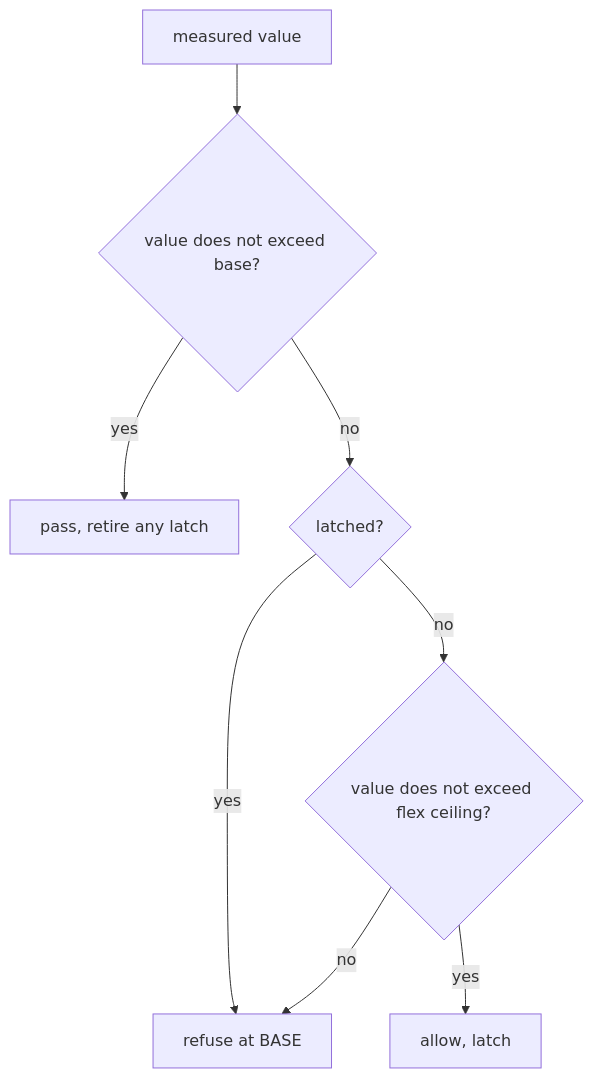
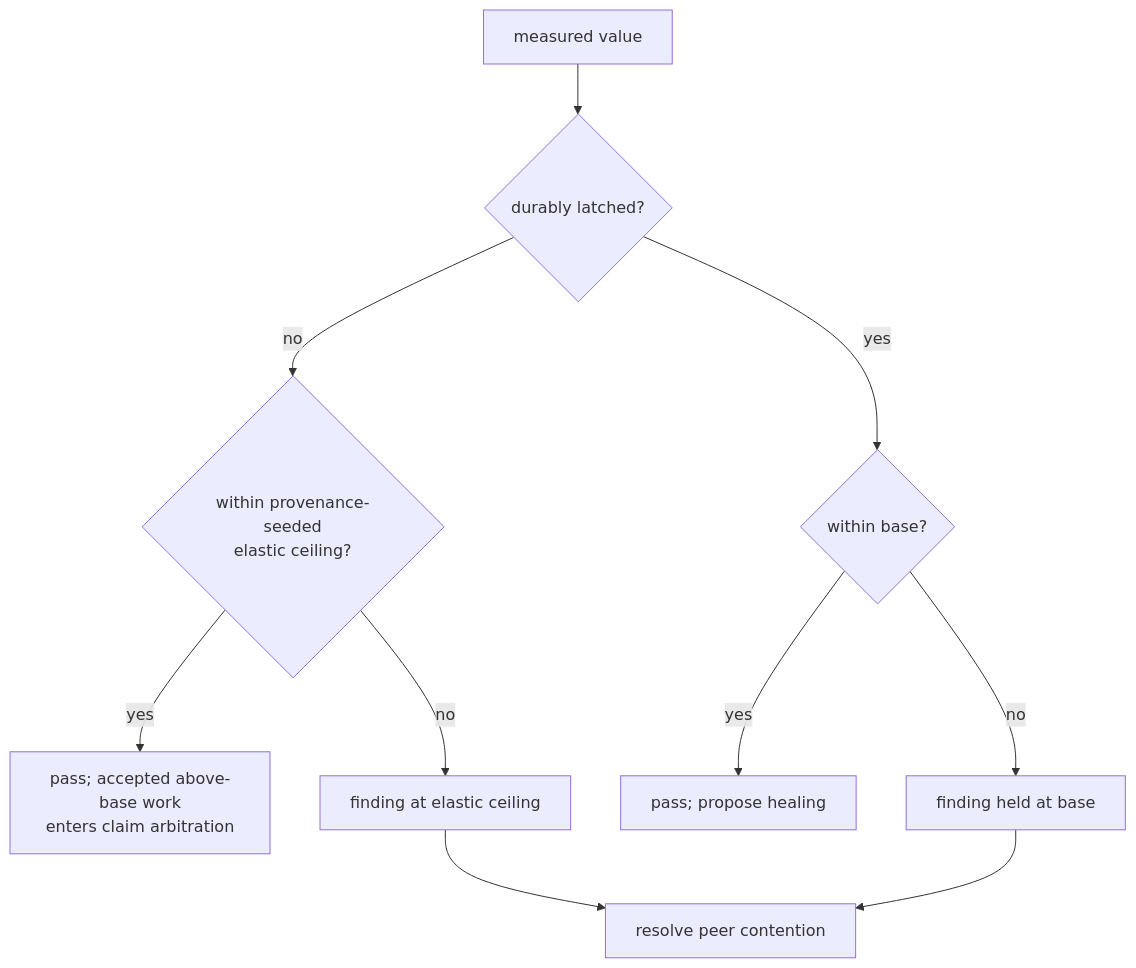
The fifth of 14 diagrams in docs/product/checks.md (infimalabs/spice-rust), drawn with Mermaid before and after one commit. The commit also changed other lines of this file and 71 other files, not shown here.

````diff
--- a/docs/product/checks.md
+++ b/docs/product/checks.md
@@ -106,10 +140,12 @@
 ```mermaid
 flowchart TD
-  V["measured value"] --> B{"value does not exceed base?"}
-  B -- yes --> OK["pass, retire any latch"]
-  B -- no --> L{"latched?"}
-  L -- yes --> F["refuse at BASE"]
-  L -- no --> X{"value does not exceed flex ceiling?"}
-  X -- yes --> W["allow, latch"]
-  X -- no --> F
+  V["measured value"] --> L{"durably latched?"}
+  L -- no --> E{"within provenance-seeded<br/>elastic ceiling?"}
+  E -- yes --> P["pass; accepted above-base work<br/>enters claim arbitration"]
+  E -- no --> F["finding at elastic ceiling"]
+  L -- yes --> B{"within base?"}
+  B -- yes --> H["pass; propose healing"]
+  B -- no --> R["finding held at base"]
+  F --> C["resolve peer contention"]
+  R --> C
 ```
````
